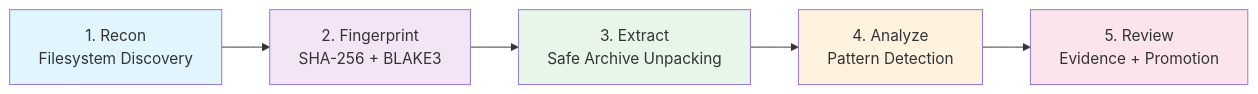
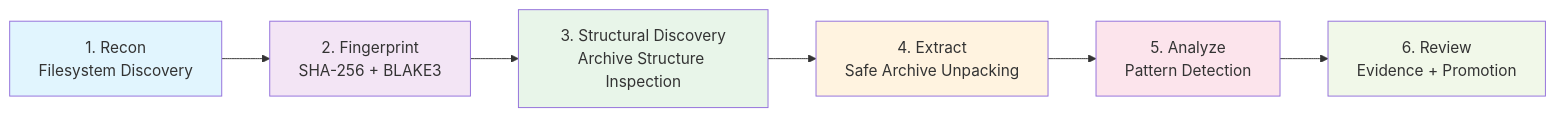
The third of 4 diagrams in README.md (Runndownn/ATLAS), drawn with Mermaid before and after one commit. The commit also changed other lines of this file and 21 other files, not shown here.

Commit message:
Preserve ATLAS pipeline engine implementation, safety analysis phases, and structural discovery work

````diff
--- a/README.md
+++ b/README.md
@@ -153,13 +154,15 @@
 ```mermaid
 graph LR
     P1["1. Recon<br/>Filesystem Discovery"] --> P2["2. Fingerprint<br/>SHA-256 + BLAKE3"]
-    P2 --> P3["3. Extract<br/>Safe Archive Unpacking"]
-    P3 --> P4["4. Analyze<br/>Pattern Detection"]
-    P4 --> P5["5. Review<br/>Evidence + Promotion"]
+    P2 --> P3["3. Structural Discovery<br/>Archive Structure Inspection"]
+    P3 --> P4["4. Extract<br/>Safe Archive Unpacking"]
+    P4 --> P5["5. Analyze<br/>Pattern Detection"]
+    P5 --> P6["6. Review<br/>Evidence + Promotion"]
 
     style P1 fill:#e1f5fe
     style P2 fill:#f3e5f5
     style P3 fill:#e8f5e9
     style P4 fill:#fff3e0
     style P5 fill:#fce4ec
+    style P6 fill:#f1f8e9
 ```
````
